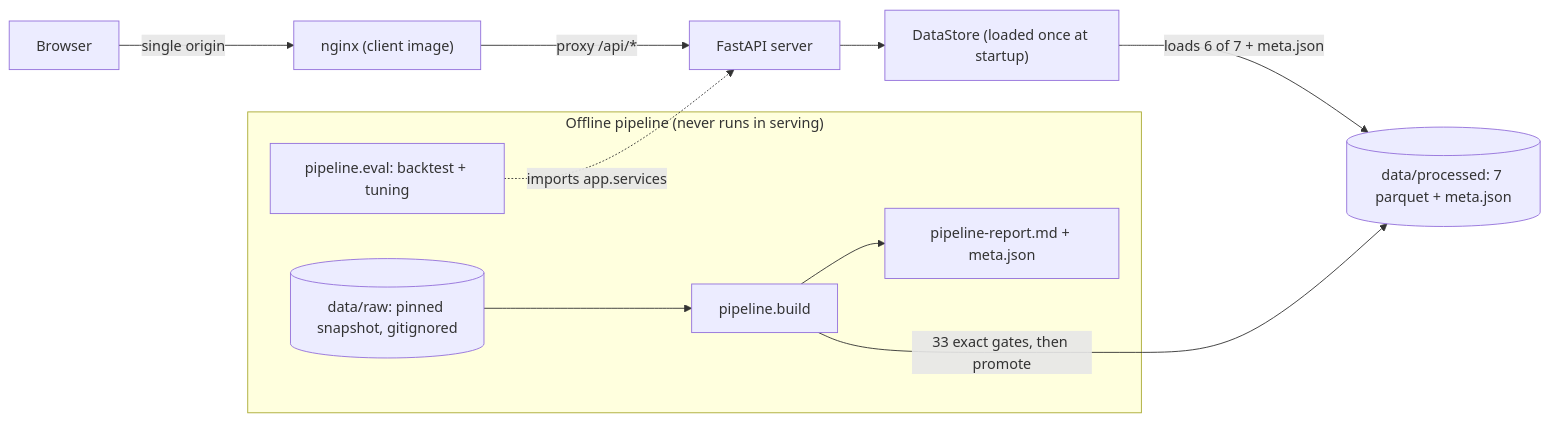
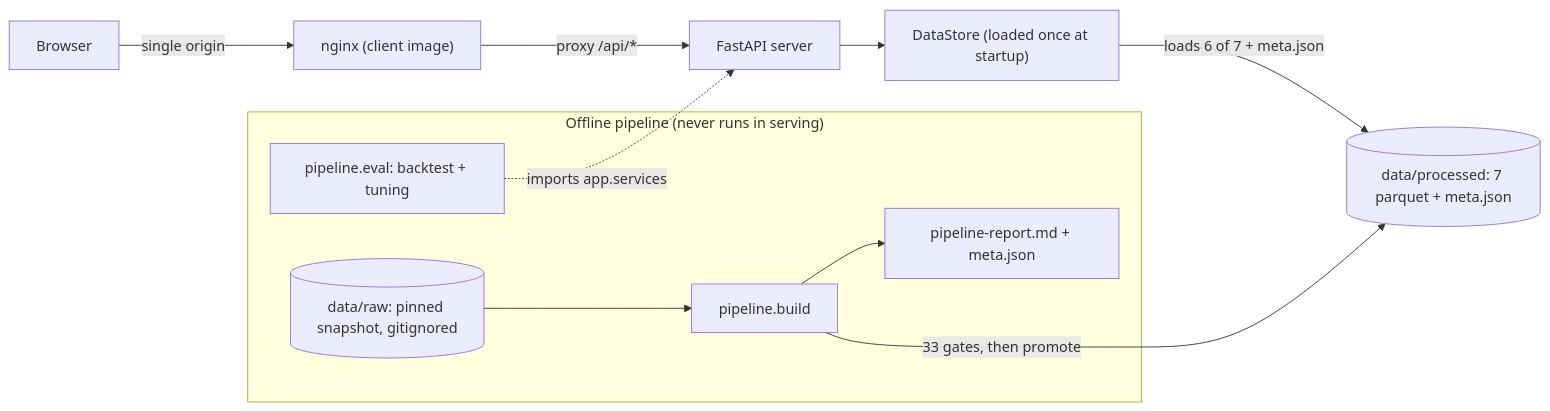
Before and after one commit to sahil-gidwani/transition-simulator: the first of 2 diagrams in docs/architecture.md, drawn with Mermaid. The commit also changed other lines of this file and 7 other files, not shown here.

````diff
--- a/docs/architecture.md
+++ b/docs/architecture.md
@@ -15,14 +15,14 @@
 ```mermaid
 flowchart LR
     BR["Browser"] -->|"single origin"| NG["nginx (client image)"]
     NG -->|"proxy /api/*"| API["FastAPI server"]
     API --> DS["DataStore (loaded once at startup)"]
     DS -->|"loads 6 of 7 + meta.json"| ART[("data/processed: 7 parquet + meta.json")]
     subgraph offline ["Offline pipeline (never runs in serving)"]
         RAW[("data/raw: pinned snapshot, gitignored")] --> PB["pipeline.build"]
         PB --> RPT["pipeline-report.md + meta.json"]
         EV["pipeline.eval: backtest + tuning"]
     end
-    PB -->|"33 exact gates, then promote"| ART
+    PB -->|"33 gates, then promote"| ART
     EV -.->|"imports app.services"| API
 ```
````
